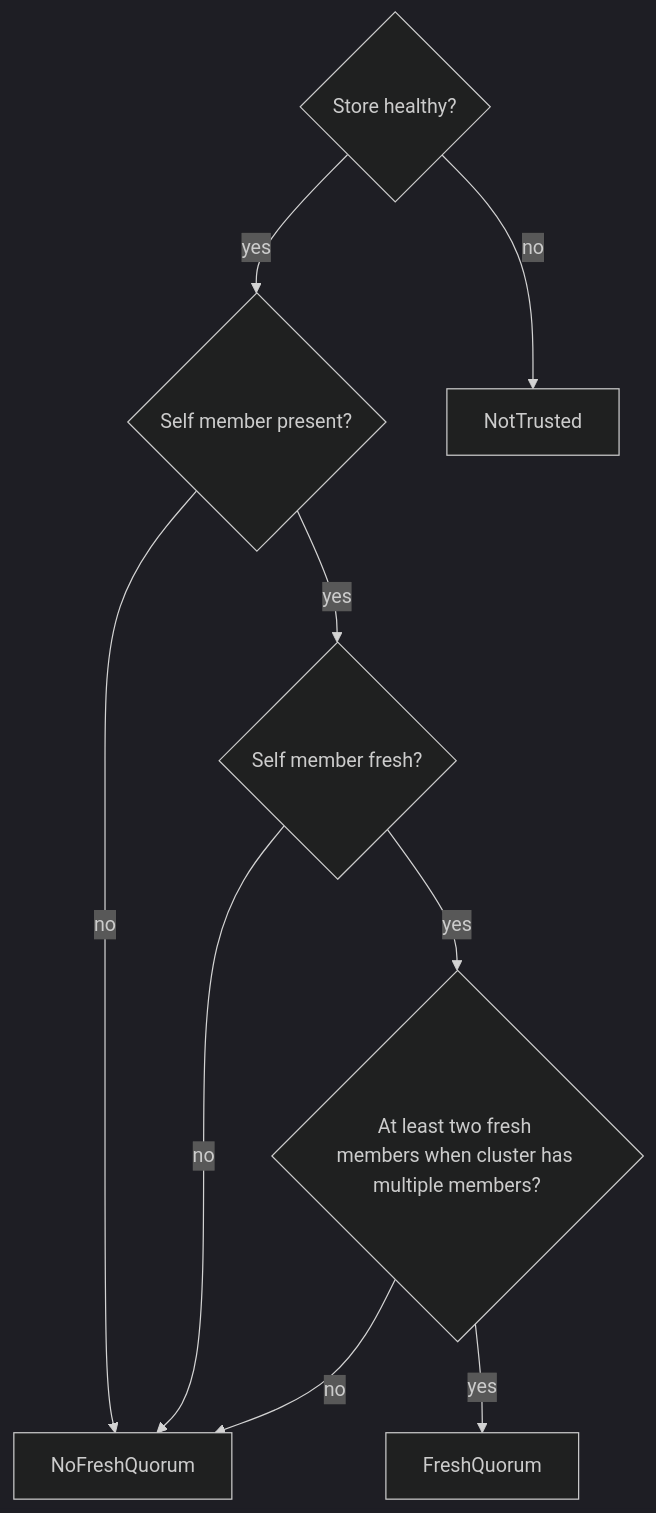
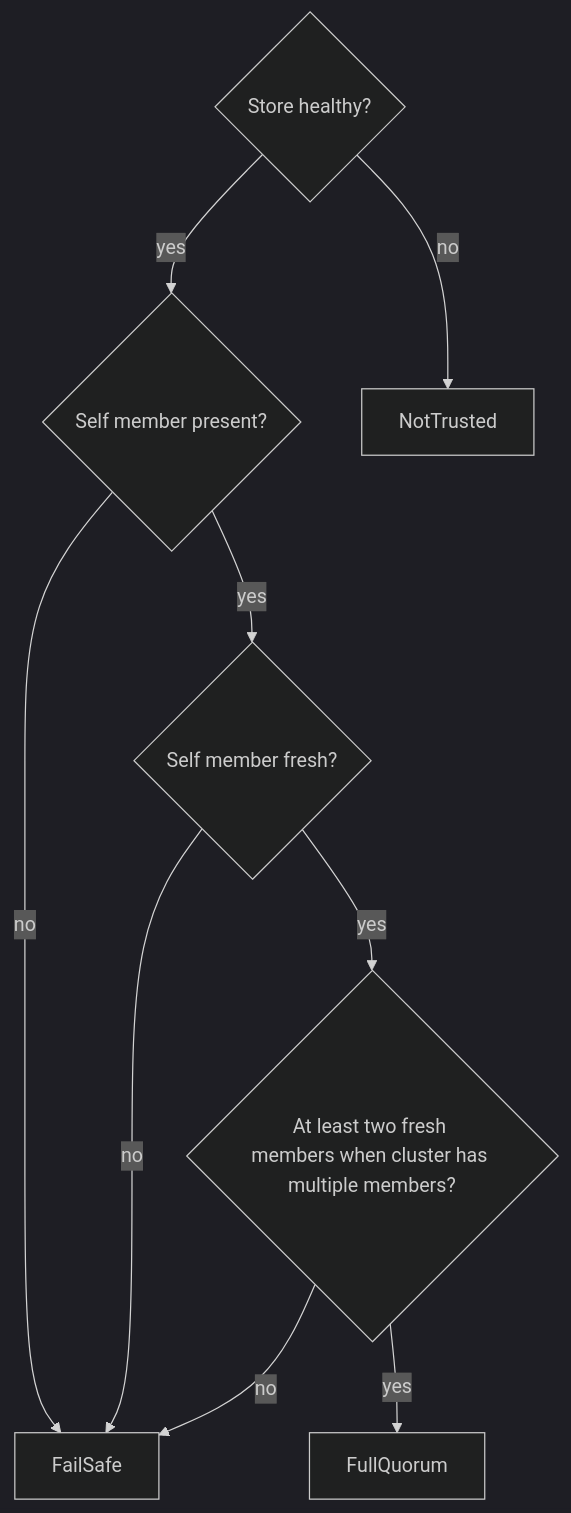
Before and after one commit to djosh34/pgtuskmaster_rust: the third of 3 diagrams in docs/src/explanation/architecture.md, drawn with Mermaid (dark theme). The commit also changed other lines of this file and 59 other files, not shown here.

````diff
--- a/docs/src/explanation/architecture.md
+++ b/docs/src/explanation/architecture.md
@@ -114,19 +114,19 @@
 ```mermaid
 flowchart TD
     EtcdHealthy{Store healthy?}
     SelfPresent{Self member present?}
     SelfFresh{Self member fresh?}
     EnoughFresh{At least two fresh members when cluster has multiple members?}
     NotTrusted[NotTrusted]
-    NoFreshQuorum[NoFreshQuorum]
-    FreshQuorum[FreshQuorum]
+    FailSafe[FailSafe]
+    FullQuorum[FullQuorum]
 
     EtcdHealthy -- no --> NotTrusted
     EtcdHealthy -- yes --> SelfPresent
-    SelfPresent -- no --> NoFreshQuorum
+    SelfPresent -- no --> FailSafe
     SelfPresent -- yes --> SelfFresh
-    SelfFresh -- no --> NoFreshQuorum
+    SelfFresh -- no --> FailSafe
     SelfFresh -- yes --> EnoughFresh
-    EnoughFresh -- no --> NoFreshQuorum
-    EnoughFresh -- yes --> FreshQuorum
+    EnoughFresh -- no --> FailSafe
+    EnoughFresh -- yes --> FullQuorum
 ```
````
